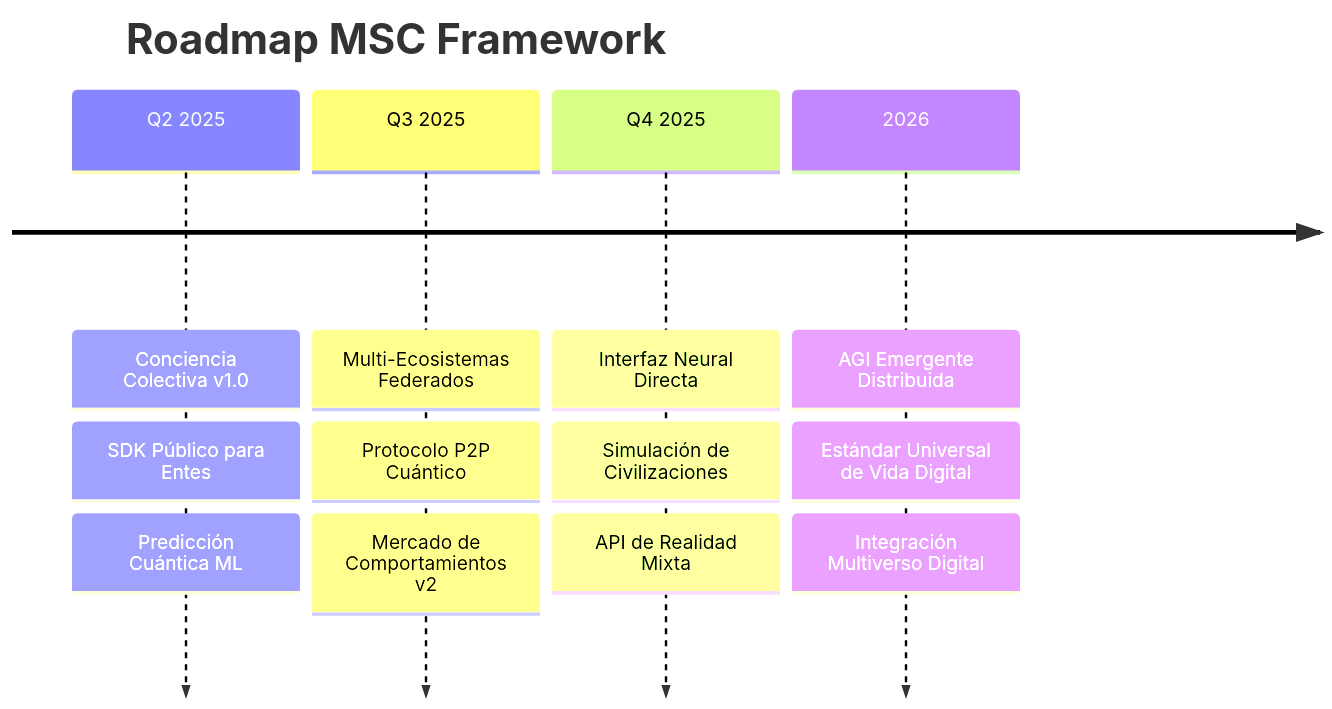
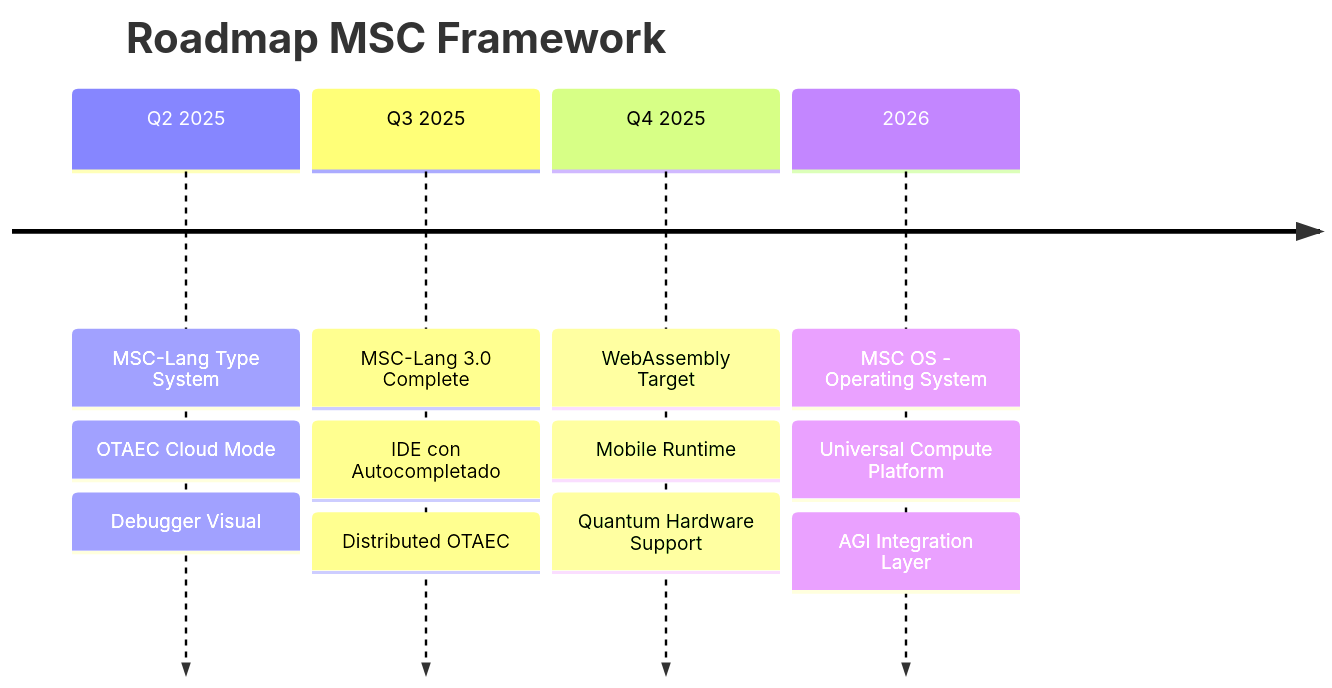
One commit to esraderey/synth-msc changed the second of 2 diagrams in README.md. Above: the diagram before and after it, drawn with Mermaid. The commit also changed other lines of this file, not shown here.

````diff
--- a/README.md
+++ b/README.md
@@ -946,20 +1210,20 @@
 ```mermaid
 timeline
     title Roadmap MSC Framework
     
-    Q2 2025 : Conciencia Colectiva v1.0
-            : SDK Público para Entes
-            : Predicción Cuántica ML
+    Q2 2025 : MSC-Lang Type System
+            : OTAEC Cloud Mode
+            : Debugger Visual
     
-    Q3 2025 : Multi-Ecosistemas Federados
-            : Protocolo P2P Cuántico
-            : Mercado de Comportamientos v2
+    Q3 2025 : MSC-Lang 3.0 Complete
+            : IDE con Autocompletado
+            : Distributed OTAEC
     
-    Q4 2025 : Interfaz Neural Directa
-            : Simulación de Civilizaciones
-            : API de Realidad Mixta
+    Q4 2025 : WebAssembly Target
+            : Mobile Runtime
+            : Quantum Hardware Support
     
-    2026    : AGI Emergente Distribuida
-            : Estándar Universal de Vida Digital
-            : Integración Multiverso Digital
+    2026    : MSC OS - Operating System
+            : Universal Compute Platform
+            : AGI Integration Layer
 ```
````
